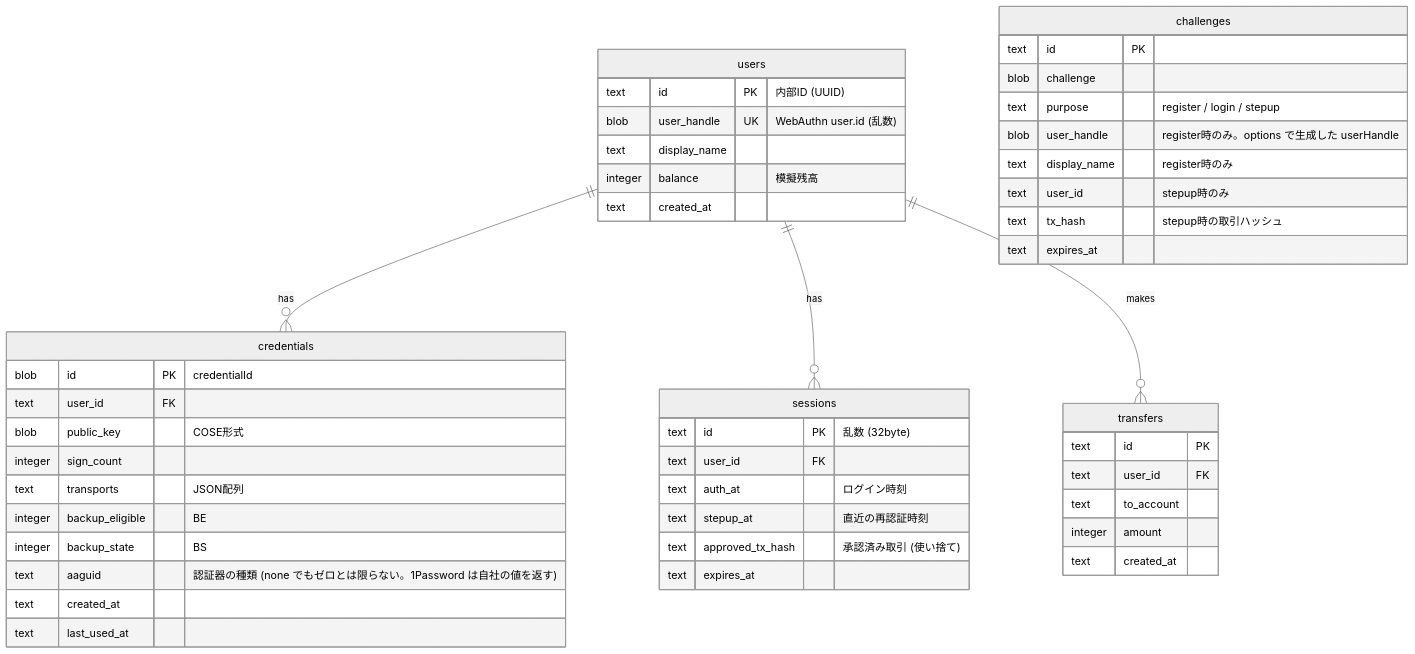
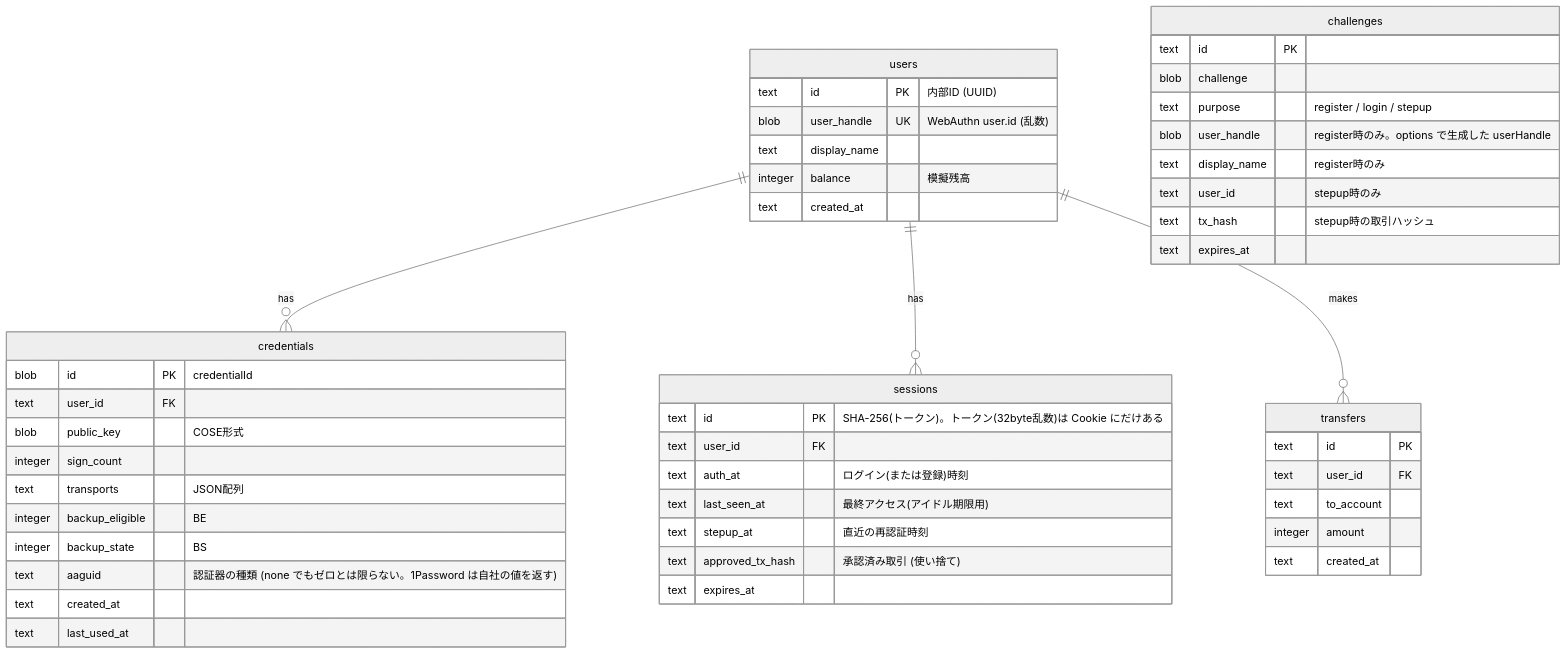
Before and after one commit to KazusaNakagawa/try-pass-key: the sixth of 6 diagrams in docs/01-architecture-proposal-poc.md, drawn with Mermaid (neutral theme). The commit also changed other lines of this file and 48 other files, not shown here.

````diff
--- a/docs/01-architecture-proposal-poc.md
+++ b/docs/01-architecture-proposal-poc.md
@@ -372,51 +374,52 @@
 ```mermaid
 erDiagram
   users ||--o{ credentials : has
   users ||--o{ sessions : has
   users ||--o{ transfers : makes
 
   users {
     text id PK "内部ID (UUID)"
     blob user_handle UK "WebAuthn user.id (乱数)"
     text display_name
     integer balance "模擬残高"
     text created_at
   }
   credentials {
     blob id PK "credentialId"
     text user_id FK
     blob public_key "COSE形式"
     integer sign_count
     text transports "JSON配列"
     integer backup_eligible "BE"
     integer backup_state "BS"
     text aaguid "認証器の種類 (none でもゼロとは限らない。1Password は自社の値を返す)"
     text created_at
     text last_used_at
   }
   challenges {
     text id PK
     blob challenge
     text purpose "register / login / stepup"
     blob user_handle "register時のみ。options で生成した userHandle"
     text display_name "register時のみ"
     text user_id "stepup時のみ"
     text tx_hash "stepup時の取引ハッシュ"
     text expires_at
   }
   sessions {
-    text id PK "乱数 (32byte)"
+    text id PK "SHA-256(トークン)。トークン(32byte乱数)は Cookie にだけある"
     text user_id FK
-    text auth_at "ログイン時刻"
+    text auth_at "ログイン(または登録)時刻"
+    text last_seen_at "最終アクセス(アイドル期限用)"
     text stepup_at "直近の再認証時刻"
     text approved_tx_hash "承認済み取引 (使い捨て)"
     text expires_at
   }
   transfers {
     text id PK
     text user_id FK
     text to_account
     integer amount
     text created_at
   }
 ```
````
